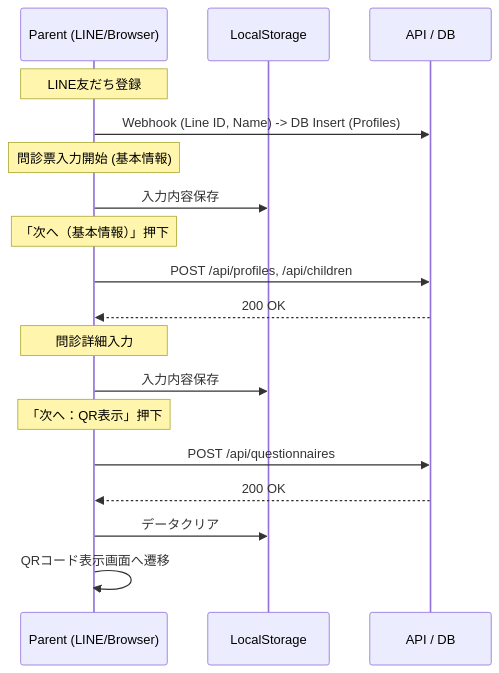
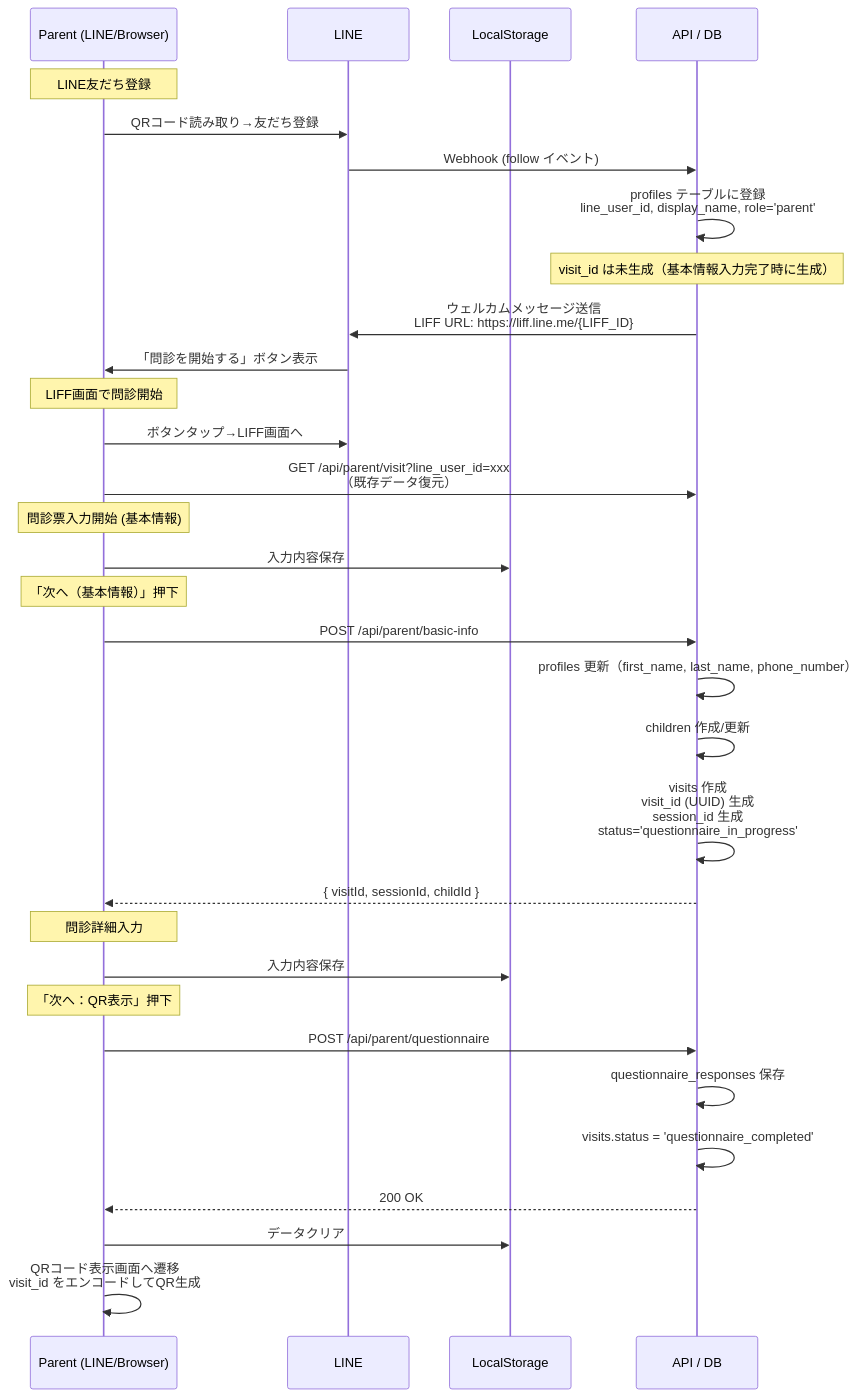
One commit to Ks-Classic/cOralup-yourTIME changed the first of 3 diagrams in docs/designe/04-データフロー設計.md. Above: the diagram before and after it, drawn with Mermaid. The commit also changed other lines of this file and 67 other files, not shown here.

````diff
--- a/docs/designe/04-データフロー設計.md
+++ b/docs/designe/04-データフロー設計.md
@@ -60,25 +60,40 @@
 ```mermaid
 sequenceDiagram
     participant P as Parent (LINE/Browser)
+    participant LINE as LINE
     participant L as LocalStorage
     participant API as API / DB
 
     Note over P: LINE友だち登録
-    P->>API: Webhook (Line ID, Name) -> DB Insert (Profiles)
+    P->>LINE: QRコード読み取り→友だち登録
+    LINE->>API: Webhook (follow イベント)
+    API->>API: profiles テーブルに登録<br/>line_user_id, display_name, role='parent'
+    Note over API: visit_id は未生成（基本情報入力完了時に生成）
+    API->>LINE: ウェルカムメッセージ送信<br/>LIFF URL: https://liff.line.me/{LIFF_ID}
+    LINE->>P: 「問診を開始する」ボタン表示
+
+    Note over P: LIFF画面で問診開始
+    P->>LINE: ボタンタップ→LIFF画面へ
+    P->>API: GET /api/parent/visit?line_user_id=xxx<br/>（既存データ復元）
 
     Note over P: 問診票入力開始 (基本情報)
     P->>L: 入力内容保存
     
     Note over P: 「次へ（基本情報）」押下
-    P->>API: POST /api/profiles, /api/children
-    API-->>P: 200 OK
+    P->>API: POST /api/parent/basic-info
+    API->>API: profiles 更新（first_name, last_name, phone_number）
+    API->>API: children 作成/更新
+    API->>API: visits 作成<br/>visit_id (UUID) 生成<br/>session_id 生成<br/>status='questionnaire_in_progress'
+    API-->>P: { visitId, sessionId, childId }
     
     Note over P: 問診詳細入力
     P->>L: 入力内容保存
     
     Note over P: 「次へ：QR表示」押下
-    P->>API: POST /api/questionnaires
+    P->>API: POST /api/parent/questionnaire
+    API->>API: questionnaire_responses 保存
+    API->>API: visits.status = 'questionnaire_completed'
     API-->>P: 200 OK
     P->>L: データクリア
-    P->>P: QRコード表示画面へ遷移
+    P->>P: QRコード表示画面へ遷移<br/>visit_id をエンコードしてQR生成
 ```
````
